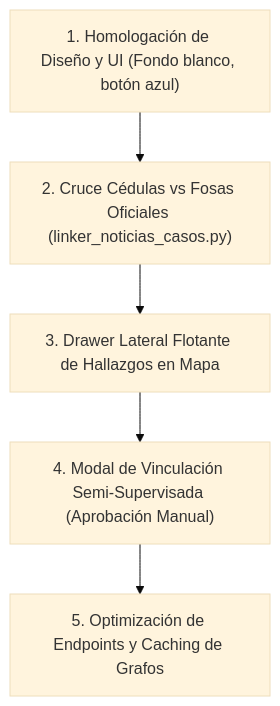
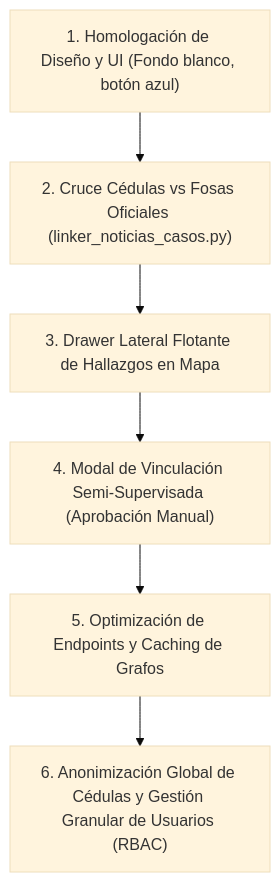
The diagram in TODO-LIST.md (tejer-red/CartografiaSemanticaDesaparecidos), drawn with Mermaid (base theme) before and after one commit. The commit also changed other lines of this file and 13 other files, not shown here.

````diff
--- a/TODO-LIST.md
+++ b/TODO-LIST.md
@@ -9,7 +9,8 @@
 ```mermaid
 flowchart TD
     A["1. Homologación de Diseño y UI (Fondo blanco, botón azul)"] --> B["2. Cruce Cédulas vs Fosas Oficiales (linker_noticias_casos.py)"]
     B --> C["3. Drawer Lateral Flotante de Hallazgos en Mapa"]
     C --> D["4. Modal de Vinculación Semi-Supervisada (Aprobación Manual)"]
     D --> E["5. Optimización de Endpoints y Caching de Grafos"]
+    E --> F["6. Anonimización Global de Cédulas y Gestión Granular de Usuarios (RBAC)"]
 ```
````
